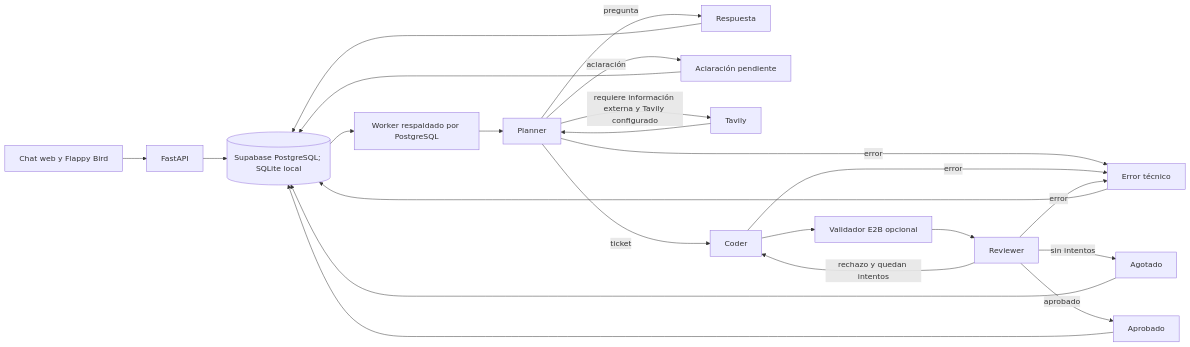
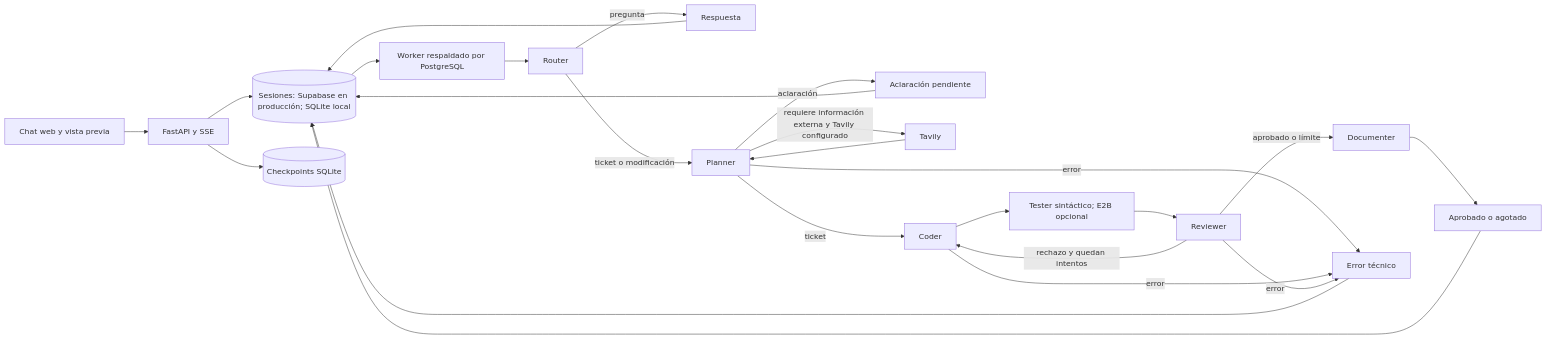
One commit to cartografunk/batcomputer changed the diagram in README.md. Above: the diagram before and after it, drawn with Mermaid. The commit also changed other lines of this file and 15 other files, not shown here.

````diff
--- a/README.md
+++ b/README.md
@@ -33,25 +39,26 @@
 ```mermaid
 flowchart LR
-  UI[Chat web y Flappy Bird] --> API[FastAPI]
-  API --> DB[(Supabase PostgreSQL; SQLite local)]
+  UI[Chat web y vista previa] --> API[FastAPI y SSE]
+  API --> DB[(Sesiones: Supabase en producción; SQLite local)]
+  API --> CP[(Checkpoints SQLite)]
   DB --> Worker[Worker respaldado por PostgreSQL]
-  Worker --> Planner
-  Planner -->|pregunta| Answer[Respuesta]
+  Worker --> Router
+  Router -->|pregunta| Answer[Respuesta]
+  Router -->|ticket o modificación| Planner
   Planner -->|aclaración| Clarify[Aclaración pendiente]
   Planner -->|requiere información externa y Tavily configurado| Research[Tavily]
   Research --> Planner
   Planner -->|ticket| Coder
-  Coder --> Validator[Validador E2B opcional]
-  Validator --> Reviewer
+  Coder --> Tester[Tester sintáctico; E2B opcional]
+  Tester --> Reviewer
   Reviewer -->|rechazo y quedan intentos| Coder
-  Reviewer -->|aprobado| Approved[Aprobado]
-  Reviewer -->|sin intentos| Exhausted[Agotado]
+  Reviewer -->|aprobado o límite| Documenter
+  Documenter --> Approved[Aprobado o agotado]
   Planner -->|error| Failed[Error técnico]
   Coder -->|error| Failed
   Reviewer -->|error| Failed
   Answer --> DB
   Clarify --> DB
   Approved --> DB
-  Exhausted --> DB
   Failed --> DB
 ```
````
